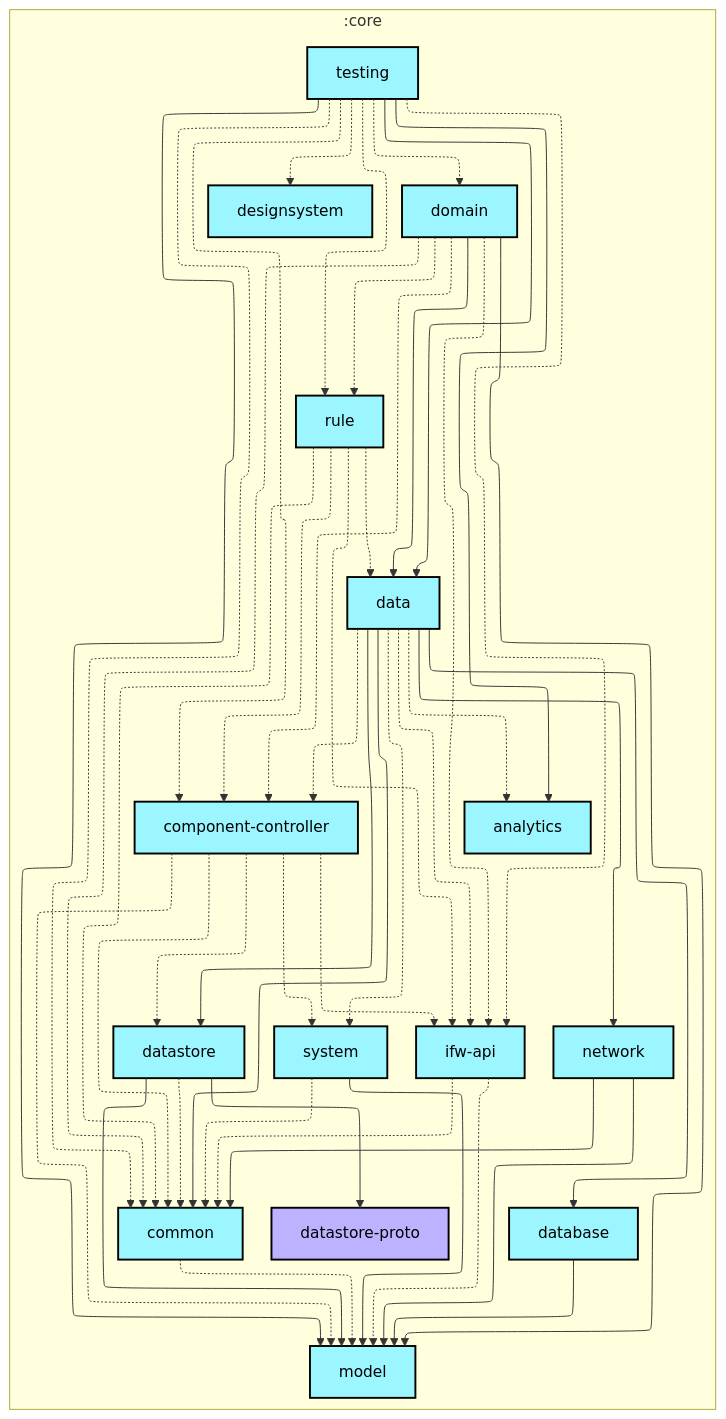
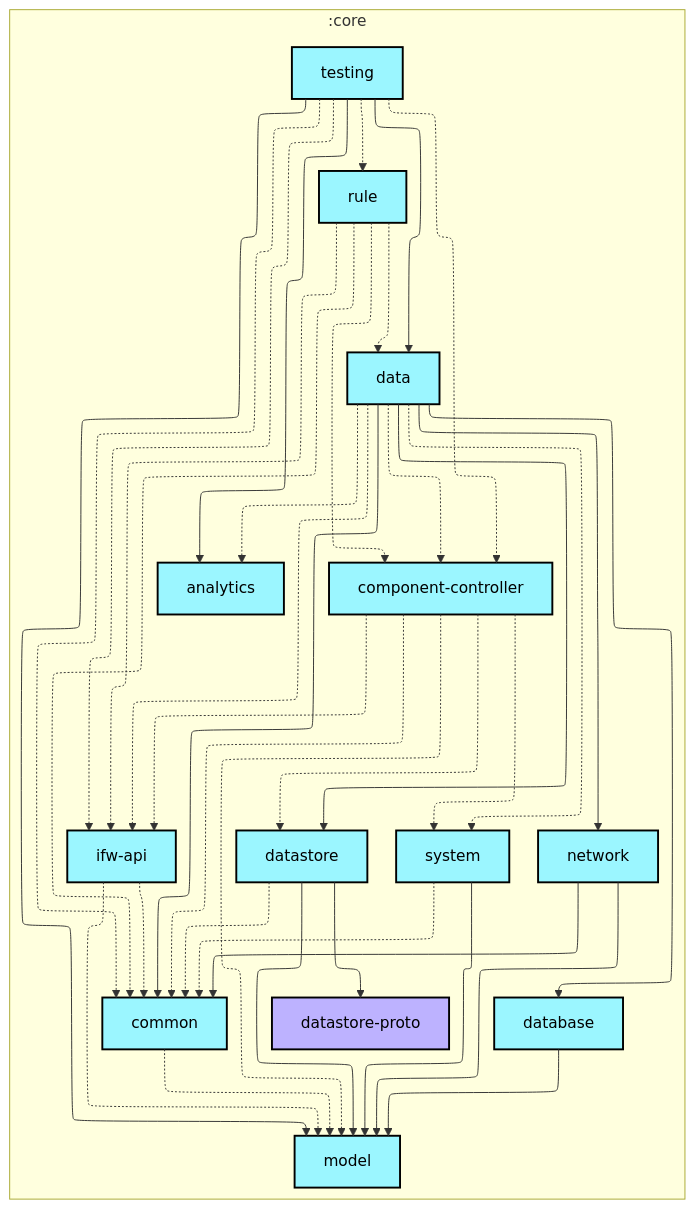
Before and after one commit to lihenggui/blocker: the first of 2 diagrams in core/testing/README.md, drawn with Mermaid. The commit also changed 29 other files, not shown here.

````diff
--- a/core/testing/README.md
+++ b/core/testing/README.md
@@ -6,78 +6,68 @@
 ```mermaid
 ---
 config:
   layout: elk
   elk:
     nodePlacementStrategy: SIMPLE
 ---
 graph TB
   subgraph :core
     direction TB
     :core:analytics[analytics]:::android-library
     :core:common[common]:::android-library
     :core:component-controller[component-controller]:::android-library
     :core:data[data]:::android-library
     :core:database[database]:::android-library
     :core:datastore[datastore]:::android-library
     :core:datastore-proto[datastore-proto]:::jvm-library
-    :core:designsystem[designsystem]:::android-library
-    :core:domain[domain]:::android-library
     :core:ifw-api[ifw-api]:::android-library
     :core:model[model]:::android-library
     :core:network[network]:::android-library
     :core:rule[rule]:::android-library
     :core:system[system]:::android-library
     :core:testing[testing]:::android-library
   end
 
   :core:common -.-> :core:model
   :core:component-controller -.-> :core:common
   :core:component-controller -.-> :core:datastore
   :core:component-controller -.-> :core:ifw-api
   :core:component-controller -.-> :core:model
   :core:component-controller -.-> :core:system
   :core:data -.-> :core:analytics
   :core:data --> :core:common
   :core:data -.-> :core:component-controller
   :core:data --> :core:database
   :core:data --> :core:datastore
   :core:data -.-> :core:ifw-api
   :core:data --> :core:network
   :core:data -.-> :core:system
   :core:database --> :core:model
   :core:datastore -.-> :core:common
   :core:datastore --> :core:datastore-proto
   :core:datastore --> :core:model
-  :core:domain -.-> :core:common
-  :core:domain -.-> :core:component-controller
-  :core:domain --> :core:data
-  :core:domain -.-> :core:ifw-api
-  :core:domain --> :core:model
-  :core:domain -.-> :core:rule
   :core:ifw-api -.-> :core:common
   :core:ifw-api -.-> :core:model
   :core:network --> :core:common
   :core:network --> :core:model
   :core:rule -.-> :core:common
   :core:rule -.-> :core:component-controller
   :core:rule -.-> :core:data
   :core:rule -.-> :core:ifw-api
   :core:system -.-> :core:common
   :core:system --> :core:model
   :core:testing --> :core:analytics
   :core:testing -.-> :core:common
   :core:testing -.-> :core:component-controller
   :core:testing --> :core:data
-  :core:testing -.-> :core:designsystem
-  :core:testing -.-> :core:domain
   :core:testing -.-> :core:ifw-api
   :core:testing --> :core:model
   :core:testing -.-> :core:rule
 
 classDef android-application fill:#CAFFBF,stroke:#000,stroke-width:2px,color:#000;
 classDef android-feature fill:#FFD6A5,stroke:#000,stroke-width:2px,color:#000;
 classDef android-library fill:#9BF6FF,stroke:#000,stroke-width:2px,color:#000;
 classDef android-test fill:#A0C4FF,stroke:#000,stroke-width:2px,color:#000;
 classDef jvm-library fill:#BDB2FF,stroke:#000,stroke-width:2px,color:#000;
 classDef unknown fill:#FFADAD,stroke:#000,stroke-width:2px,color:#000;
 ```
````
